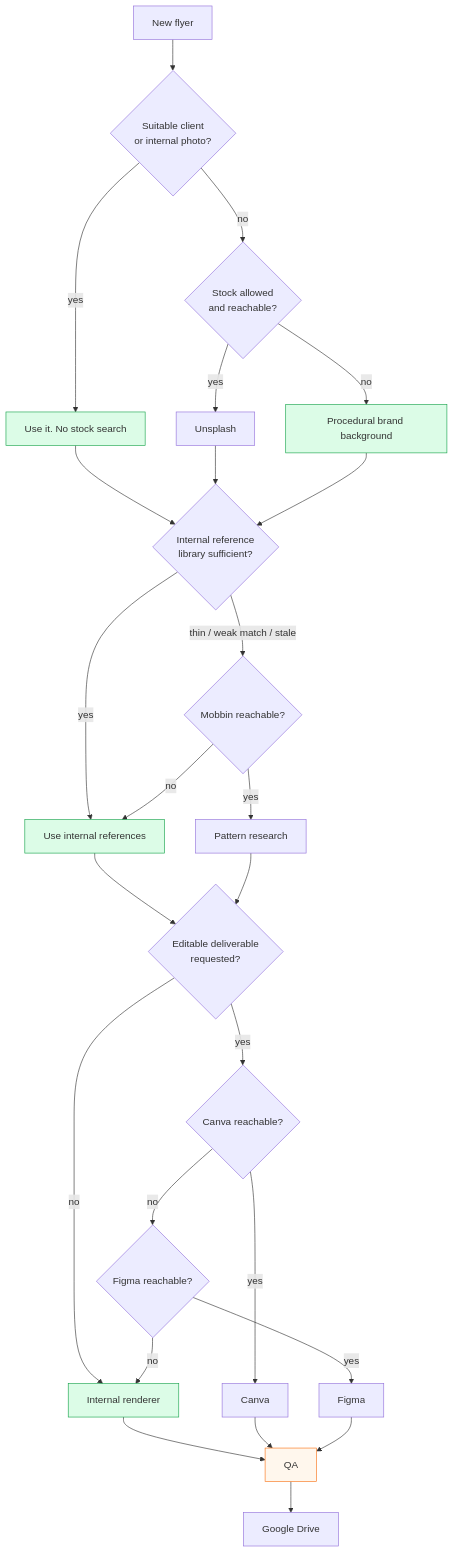
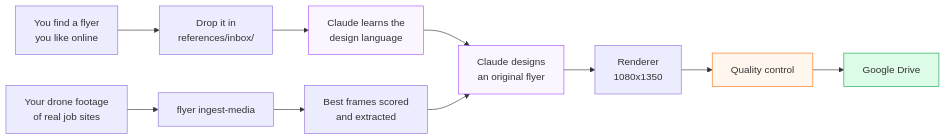
The diagram in README.md (engineeringwithjp/flyer-generator), drawn with Mermaid before and after one commit. The commit also changed other lines of this file and 7 other files, not shown here.

````diff
--- a/README.md
+++ b/README.md
@@ -313,36 +21,17 @@
 ```mermaid
-flowchart TD
-    A[New flyer] --> B{Suitable client<br/>or internal photo?}
-    B -->|yes| C[Use it. No stock search]
-    B -->|no| D{Stock allowed<br/>and reachable?}
-    D -->|yes| E[Unsplash]
-    D -->|no| F[Procedural brand background]
+flowchart LR
+    A["You find a flyer<br/>you like online"] --> B["Drop it in<br/>references/inbox/"]
+    C["Your drone footage<br/>of real job sites"] --> D["flyer ingest-media"]
+    B --> E["Claude learns the<br/>design language"]
+    D --> F["Best frames scored<br/>and extracted"]
+    E --> G["Claude designs<br/>an original flyer"]
+    F --> G
+    G --> H["Renderer<br/>1080x1350"]
+    H --> I["Quality control"]
+    I --> J["Google Drive"]
 
-    C --> G{Internal reference<br/>library sufficient?}
-    E --> G
-    F --> G
-    G -->|yes| H[Use internal references]
-    G -->|thin / weak match / stale| I{Mobbin reachable?}
-    I -->|yes| J[Pattern research]
-    I -->|no| H
-
-    H --> K{Editable deliverable<br/>requested?}
-    J --> K
-    K -->|no| L[Internal renderer]
-    K -->|yes| M{Canva reachable?}
-    M -->|yes| N[Canva]
-    M -->|no| O{Figma reachable?}
-    O -->|yes| P[Figma]
-    O -->|no| L
-
-    L --> Q[QA]
-    N --> Q
-    P --> Q
-    Q --> R[Google Drive]
-
-    style C fill:#dcfce7,stroke:#16a34a
-    style F fill:#dcfce7,stroke:#16a34a
-    style H fill:#dcfce7,stroke:#16a34a
-    style L fill:#dcfce7,stroke:#16a34a
-    style Q fill:#fff7ed,stroke:#f97316
+    style E fill:#faf5ff,stroke:#a855f7
+    style G fill:#faf5ff,stroke:#a855f7
+    style I fill:#fff7ed,stroke:#f97316
+    style J fill:#dcfce7,stroke:#16a34a
 ```
````
